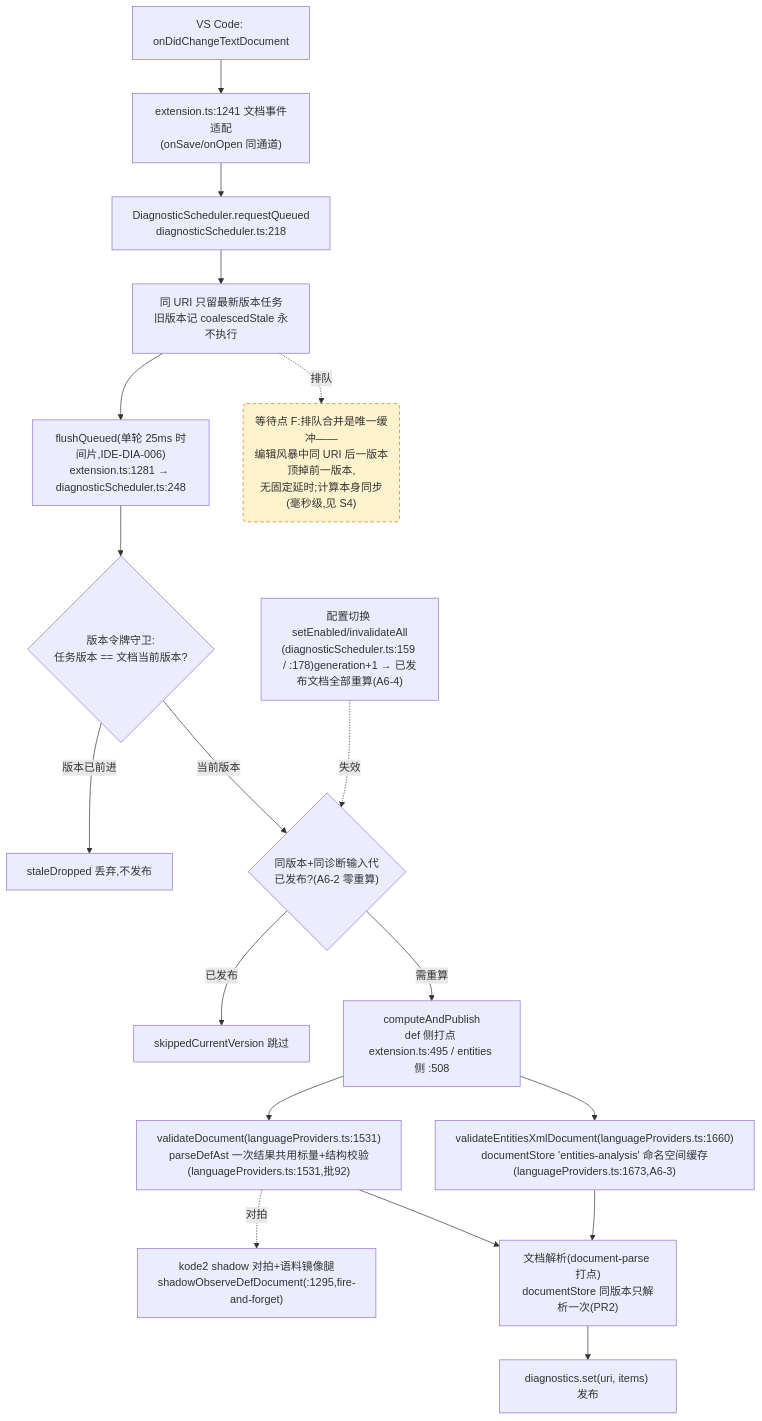
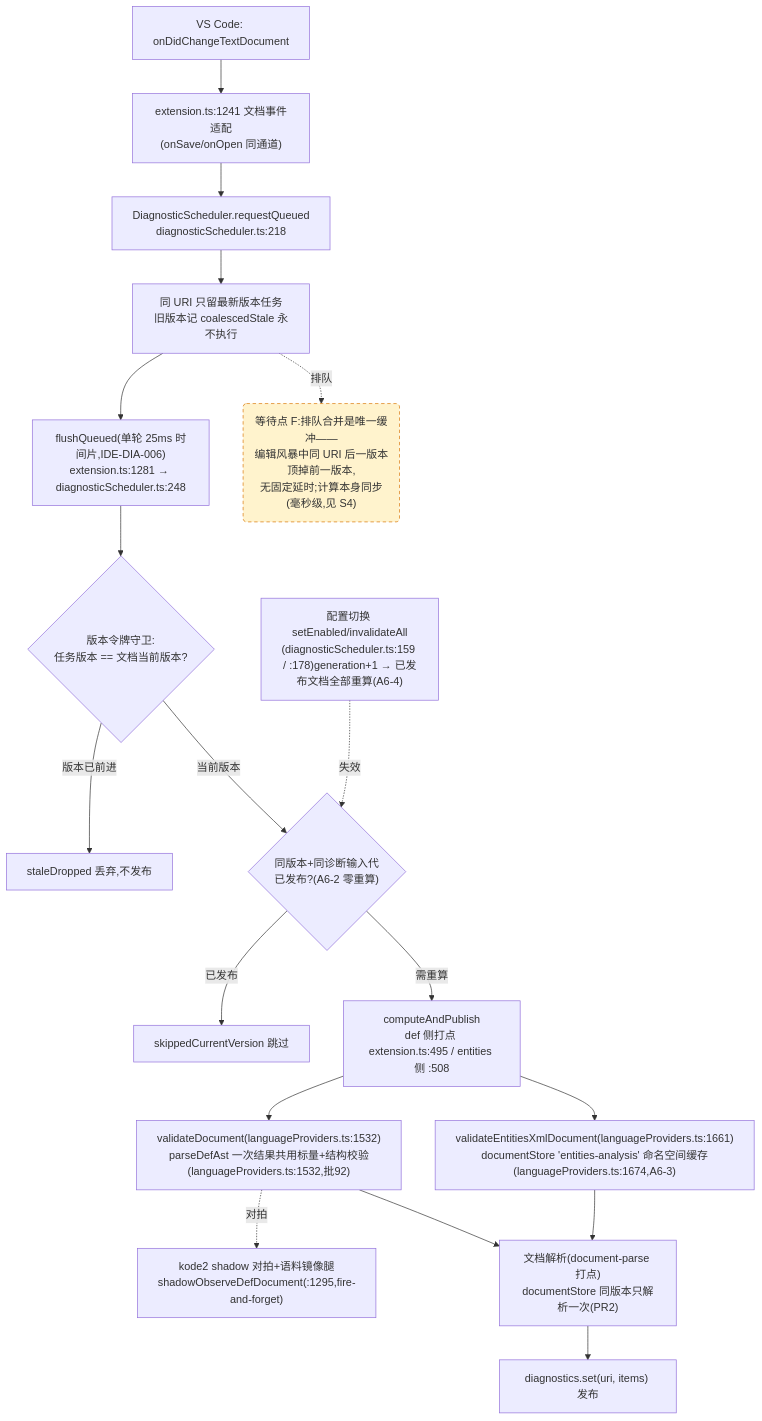
One commit to cuihairu/kode changed the fourth of 4 diagrams in docs/perf/2026-baseline.md. Above: the diagram before and after it, drawn with Mermaid. The commit also changed other lines of this file and 4 other files, not shown here.

````diff
--- a/docs/perf/2026-baseline.md
+++ b/docs/perf/2026-baseline.md
@@ -214,38 +214,38 @@
 ```mermaid
 flowchart TD
   CHG["VS Code: onDidChangeTextDocument"]
   WATCH["extension.ts:1241 文档事件适配<br/>(onSave/onOpen 同通道)"]
   RQ["DiagnosticScheduler.requestQueued<br/>diagnosticScheduler.ts:218"]
   CO["同 URI 只留最新版本任务<br/>旧版本记 coalescedStale 永不执行"]
   FL["flushQueued(单轮 25ms 时间片,IDE-DIA-006)<br/>extension.ts:1281 → diagnosticScheduler.ts:248"]
   VG{"版本令牌守卫:<br/>任务版本 == 文档当前版本?"}
   DROP["staleDropped 丢弃,不发布"]
   GEN{"同版本+同诊断输入代<br/>已发布?(A6-2 零重算)"}
   SKIP["skippedCurrentVersion 跳过"]
   CALC["computeAndPublish<br/>def 侧打点 extension.ts:495 / entities 侧 :508"]
-  VD["validateDocument(languageProviders.ts:1531)<br/>parseDefAst 一次结果共用标量+结构校验(languageProviders.ts:1531,批92)"]
-  VEX["validateEntitiesXmlDocument(languageProviders.ts:1660)<br/>documentStore 'entities-analysis' 命名空间缓存(languageProviders.ts:1673,A6-3)"]
+  VD["validateDocument(languageProviders.ts:1532)<br/>parseDefAst 一次结果共用标量+结构校验(languageProviders.ts:1532,批92)"]
+  VEX["validateEntitiesXmlDocument(languageProviders.ts:1661)<br/>documentStore 'entities-analysis' 命名空间缓存(languageProviders.ts:1674,A6-3)"]
   SHDD["kode2 shadow 对拍+语料镜像腿<br/>shadowObserveDefDocument(:1295,fire-and-forget)"]
   DS["文档解析(document-parse 打点)<br/>documentStore 同版本只解析一次(PR2)"]
   PUB["diagnostics.set(uri, items) 发布"]
   CFG2["配置切换 setEnabled/invalidateAll<br/>(diagnosticScheduler.ts:159 / :178)generation+1 → 已发布文档全部重算(A6-4)"]
 
   CHG --> WATCH --> RQ --> CO --> FL --> VG
   VG -- "版本已前进" --> DROP
   VG -- "当前版本" --> GEN
   GEN -- "已发布" --> SKIP
   GEN -- "需重算" --> CALC
   CALC --> VD
   CALC --> VEX
   VD --> DS
   VEX --> DS
   DS --> PUB
   VD -.->|对拍| SHDD
   CFG2 -.->|失效| GEN
 
   WAITF("等待点 F:排队合并是唯一缓冲——<br/>编辑风暴中同 URI 后一版本顶掉前一版本,<br/>无固定延时;计算本身同步(毫秒级,见 S4)")
   CO -.->|排队| WAITF
 
   classDef waitPoint fill:#fff3cd,stroke:#d97706,stroke-dasharray:5 4;
   class WAITF waitPoint;
 ```
````
